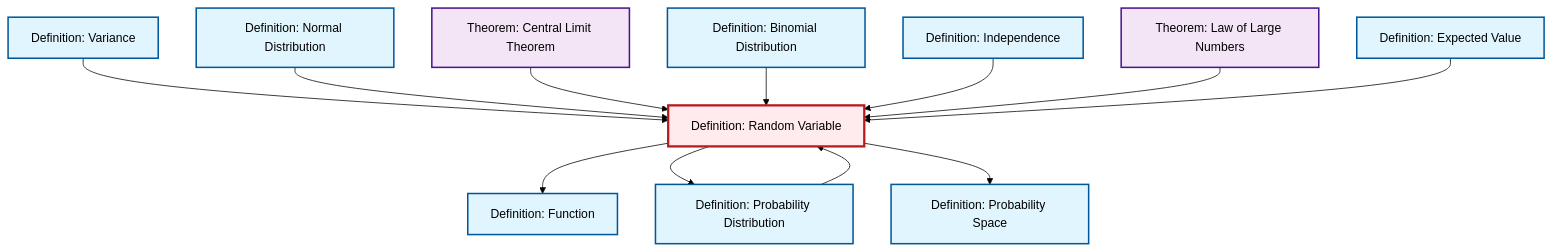
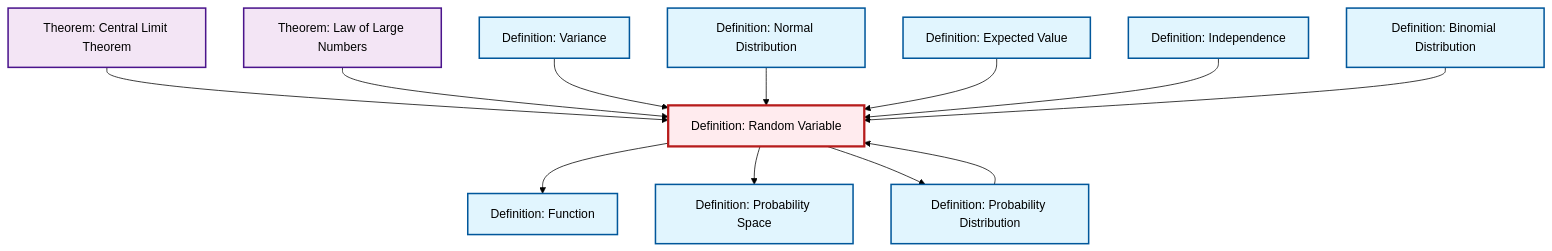
The diagram in content/en/probability-statistics/def-random-variable.qmd (RK0429/ModernMath), drawn with Mermaid (forest theme) before and after one commit. The commit also changed other lines of this file and 328 other files, not shown here.

````diff
--- a/content/en/probability-statistics/def-random-variable.qmd
+++ b/content/en/probability-statistics/def-random-variable.qmd
@@ -49,42 +49,42 @@
 ```{mermaid}
 %%| fig-cap: "Local dependency graph"
 graph TD
     classDef definition fill:#e1f5fe,stroke:#01579b,stroke-width:2px
     classDef theorem fill:#f3e5f5,stroke:#4a148c,stroke-width:2px
     classDef axiom fill:#fff3e0,stroke:#e65100,stroke-width:2px
     classDef example fill:#e8f5e9,stroke:#1b5e20,stroke-width:2px
     classDef current fill:#ffebee,stroke:#b71c1c,stroke-width:3px
+    def-random-variable["Definition: Random Variable"]:::definition
+    def-independence["Definition: Independence"]:::definition
     def-normal-distribution["Definition: Normal Distribution"]:::definition
+    def-function["Definition: Function"]:::definition
+    def-variance["Definition: Variance"]:::definition
+    thm-central-limit["Theorem: Central Limit Theorem"]:::theorem
+    thm-law-of-large-numbers["Theorem: Law of Large Numbers"]:::theorem
+    def-probability-distribution["Definition: Probability Distribution"]:::definition
     def-probability-space["Definition: Probability Space"]:::definition
+    def-expectation["Definition: Expected Value"]:::definition
     def-binomial-distribution["Definition: Binomial Distribution"]:::definition
-    thm-law-of-large-numbers["Theorem: Law of Large Numbers"]:::theorem
-    def-independence["Definition: Independence"]:::definition
-    def-expectation["Definition: Expected Value"]:::definition
-    def-function["Definition: Function"]:::definition
-    def-probability-distribution["Definition: Probability Distribution"]:::definition
-    thm-central-limit["Theorem: Central Limit Theorem"]:::theorem
-    def-variance["Definition: Variance"]:::definition
-    def-random-variable["Definition: Random Variable"]:::definition
-    def-variance --> def-random-variable
-    def-normal-distribution --> def-random-variable
     thm-central-limit --> def-random-variable
-    def-binomial-distribution --> def-random-variable
-    def-probability-distribution --> def-random-variable
     def-random-variable --> def-function
-    def-random-variable --> def-probability-distribution
-    def-independence --> def-random-variable
     def-random-variable --> def-probability-space
     thm-law-of-large-numbers --> def-random-variable
+    def-variance --> def-random-variable
+    def-random-variable --> def-probability-distribution
+    def-normal-distribution --> def-random-variable
     def-expectation --> def-random-variable
+    def-independence --> def-random-variable
+    def-probability-distribution --> def-random-variable
+    def-binomial-distribution --> def-random-variable
     class def-random-variable current
+    click def-independence "def-independence.html" "Go to Independence definition"
     click def-normal-distribution "def-normal-distribution.html" "Go to Normal Distribution definition"
+    click def-function "def-function.html" "Go to Function definition"
+    click def-variance "def-variance.html" "Go to Variance definition"
+    click thm-central-limit "thm-central-limit.html" "Go to Central Limit Theorem theorem"
+    click thm-law-of-large-numbers "thm-law-of-large-numbers.html" "Go to Law of Large Numbers theorem"
+    click def-probability-distribution "def-probability-distribution.html" "Go to Probability Distribution definition"
     click def-probability-space "def-probability-space.html" "Go to Probability Space definition"
+    click def-expectation "def-expectation.html" "Go to Expected Value definition"
     click def-binomial-distribution "def-binomial-distribution.html" "Go to Binomial Distribution definition"
-    click thm-law-of-large-numbers "thm-law-of-large-numbers.html" "Go to Law of Large Numbers theorem"
-    click def-independence "def-independence.html" "Go to Independence definition"
-    click def-expectation "def-expectation.html" "Go to Expected Value definition"
-    click def-function "def-function.html" "Go to Function definition"
-    click def-probability-distribution "def-probability-distribution.html" "Go to Probability Distribution definition"
-    click thm-central-limit "thm-central-limit.html" "Go to Central Limit Theorem theorem"
-    click def-variance "def-variance.html" "Go to Variance definition"
 ```
````
